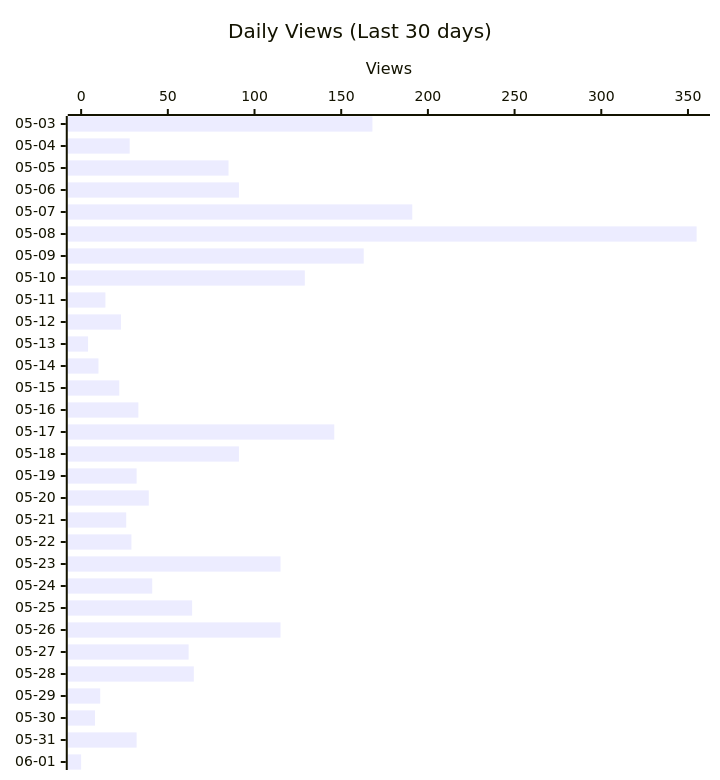
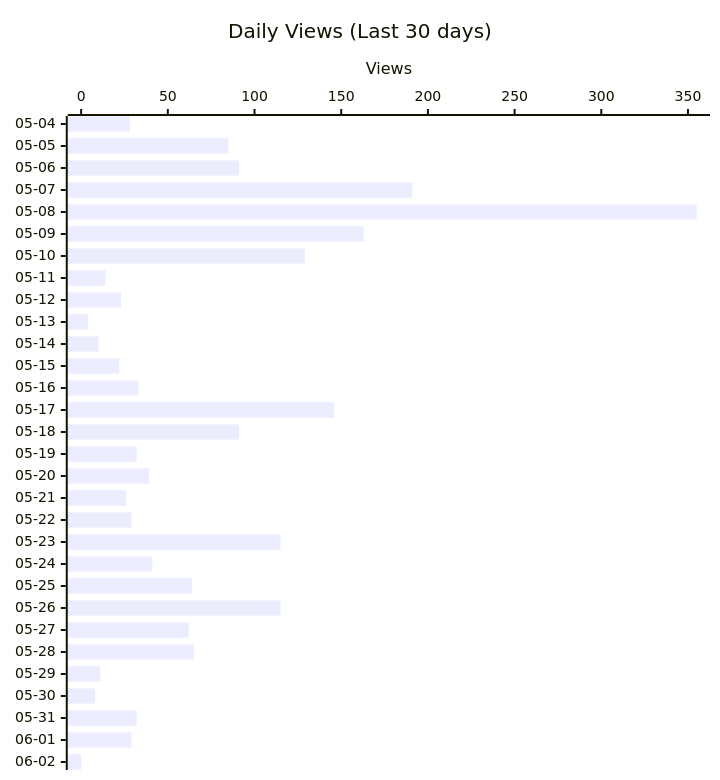
The second of 3 diagrams in README.md (shigechika/github-insights), drawn with Mermaid before and after one commit. The commit also changed other lines of this file and 2 other files, not shown here.

````diff
--- a/README.md
+++ b/README.md
@@ -28,12 +28,12 @@
 ```mermaid
 ---
 config:
   xyChart:
     height: 760
 ---
 xychart-beta horizontal
     title "Daily Views (Last 30 days)"
-    x-axis ["05-03", "05-04", "05-05", "05-06", "05-07", "05-08", "05-09", "05-10", "05-11", "05-12", "05-13", "05-14", "05-15", "05-16", "05-17", "05-18", "05-19", "05-20", "05-21", "05-22", "05-23", "05-24", "05-25", "05-26", "05-27", "05-28", "05-29", "05-30", "05-31", "06-01"]
+    x-axis ["05-04", "05-05", "05-06", "05-07", "05-08", "05-09", "05-10", "05-11", "05-12", "05-13", "05-14", "05-15", "05-16", "05-17", "05-18", "05-19", "05-20", "05-21", "05-22", "05-23", "05-24", "05-25", "05-26", "05-27", "05-28", "05-29", "05-30", "05-31", "06-01", "06-02"]
     y-axis "Views"
-    bar [168, 28, 85, 91, 191, 355, 163, 129, 14, 23, 4, 10, 22, 33, 146, 91, 32, 39, 26, 29, 115, 41, 64, 115, 62, 65, 11, 8, 32, 0]
+    bar [28, 85, 91, 191, 355, 163, 129, 14, 23, 4, 10, 22, 33, 146, 91, 32, 39, 26, 29, 115, 41, 64, 115, 62, 65, 11, 8, 32, 29, 0]
 ```
````
